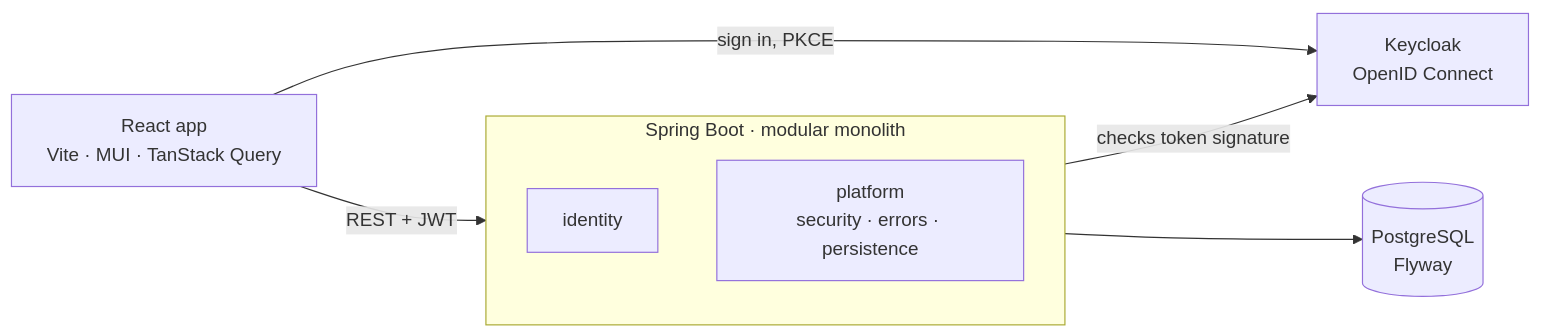
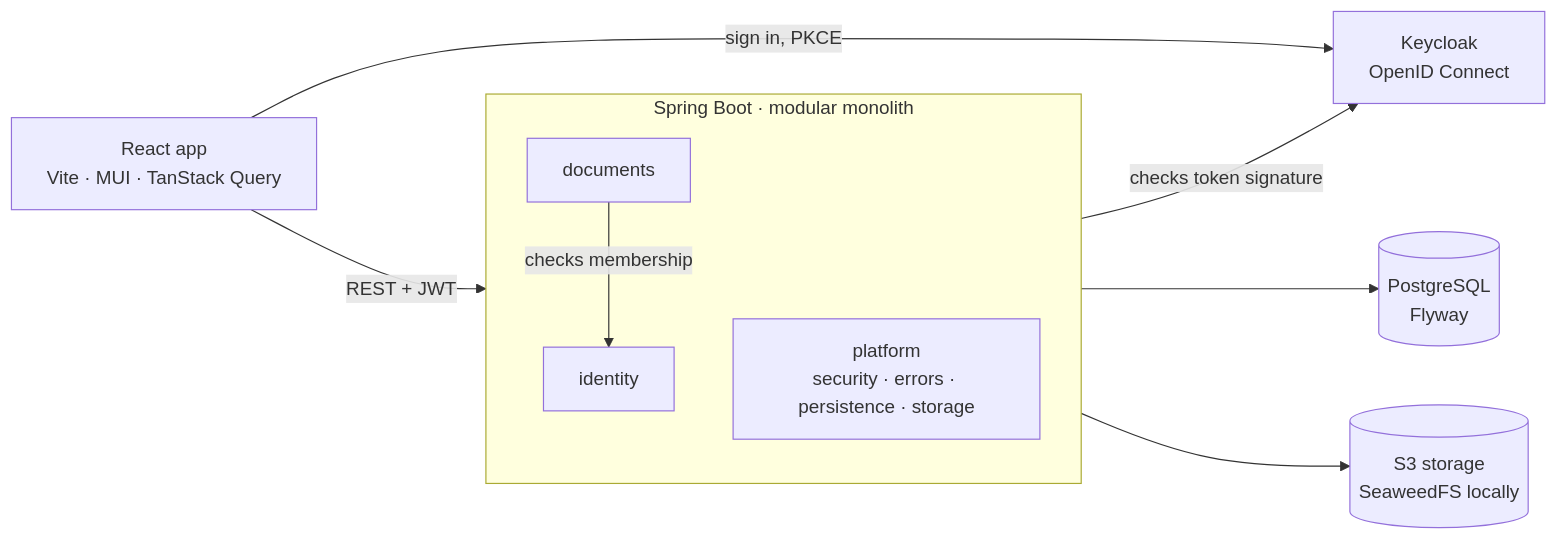
Before and after one commit to edisban/Tameio: the diagram in README.md, drawn with Mermaid. The commit also changed other lines of this file and 43 other files, not shown here.

````diff
--- a/README.md
+++ b/README.md
@@ -27,15 +30,19 @@
 ```mermaid
 flowchart LR
     browser[React app<br/>Vite · MUI · TanStack Query]
     keycloak[Keycloak<br/>OpenID Connect]
     subgraph api[Spring Boot · modular monolith]
         identity[identity]
-        platform[platform<br/>security · errors · persistence]
+        documents[documents]
+        platform[platform<br/>security · errors · persistence · storage]
     end
     db[(PostgreSQL<br/>Flyway)]
+    s3[(S3 storage<br/>SeaweedFS locally)]
 
     browser -- sign in, PKCE --> keycloak
     browser -- REST + JWT --> api
     api -- checks token signature --> keycloak
     api --> db
+    api --> s3
+    documents -- checks membership --> identity
 ```
````
